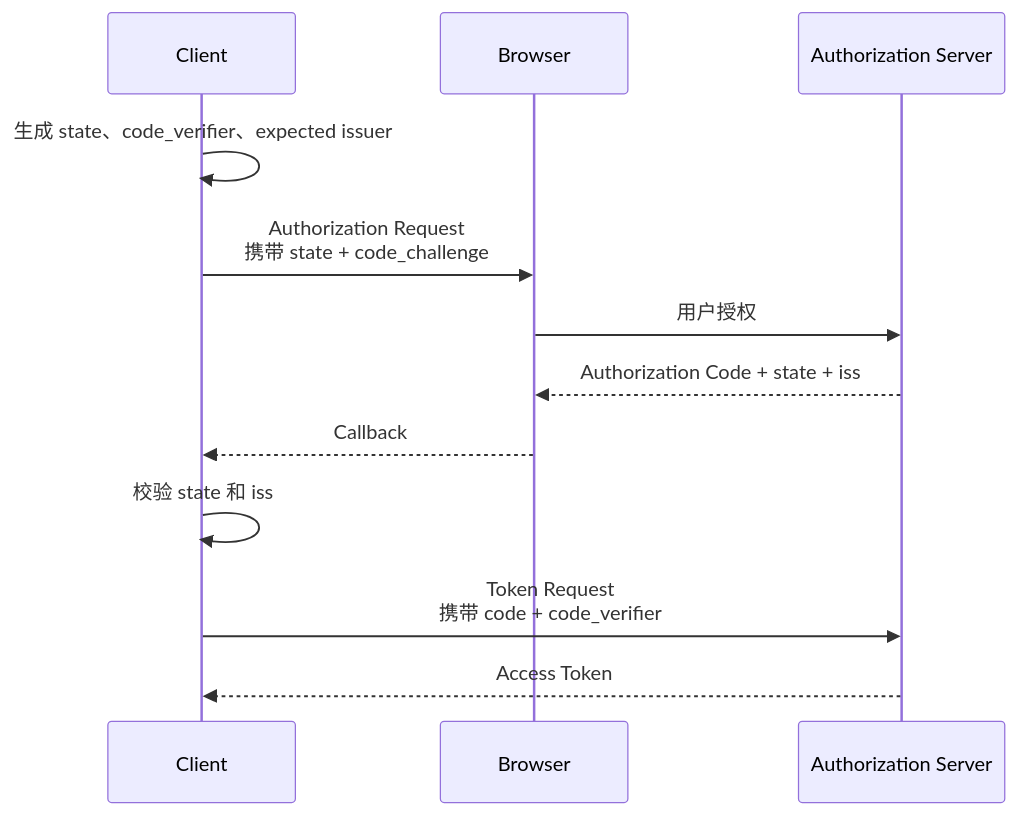
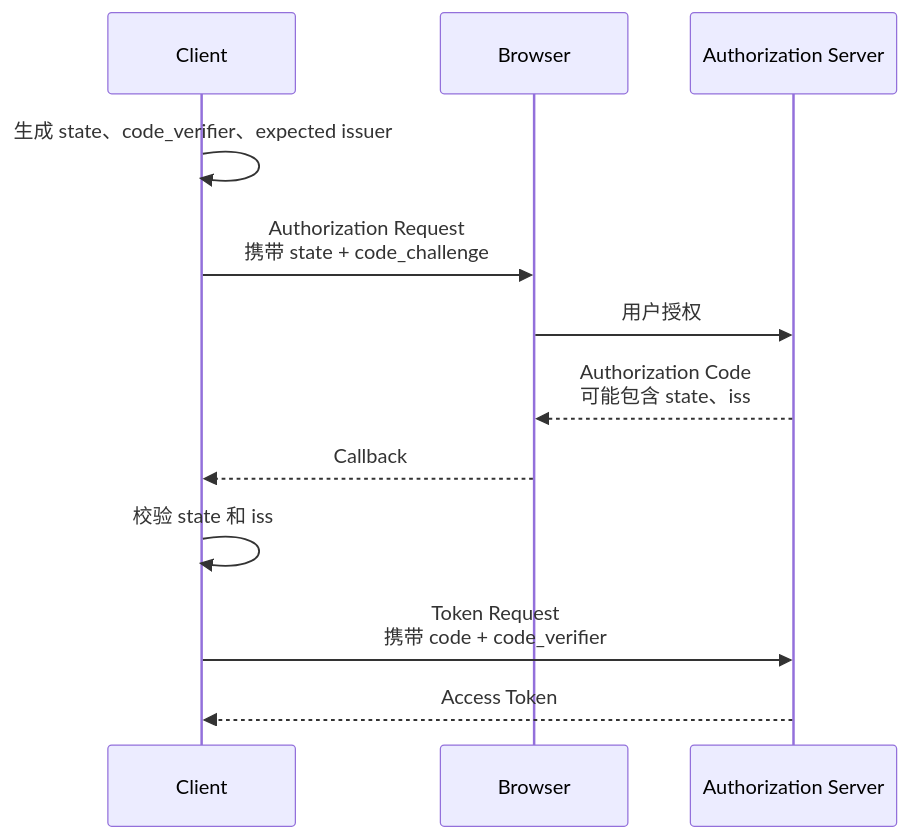
Before and after one commit to itkdm/aiagentguide: the second of 4 diagrams in docs/principles/deep-mcp-authorization.md, drawn with Mermaid. The commit also changed other lines of this file and 1 other file, not shown here.

Commit message:
docs: publish MCP authorization article

````diff
--- a/docs/principles/deep-mcp-authorization.md
+++ b/docs/principles/deep-mcp-authorization.md
@@ -747,15 +701,15 @@
 ```mermaid
 sequenceDiagram
     participant C as Client
     participant B as Browser
     participant A as Authorization Server
 
     C->>C: 生成 state、code_verifier、expected issuer
     C->>B: Authorization Request<br/>携带 state + code_challenge
     B->>A: 用户授权
-    A-->>B: Authorization Code + state + iss
+    A-->>B: Authorization Code<br/>可能包含 state、iss
     B-->>C: Callback
     C->>C: 校验 state 和 iss
     C->>A: Token Request<br/>携带 code + code_verifier
     A-->>C: Access Token
 ```
````
